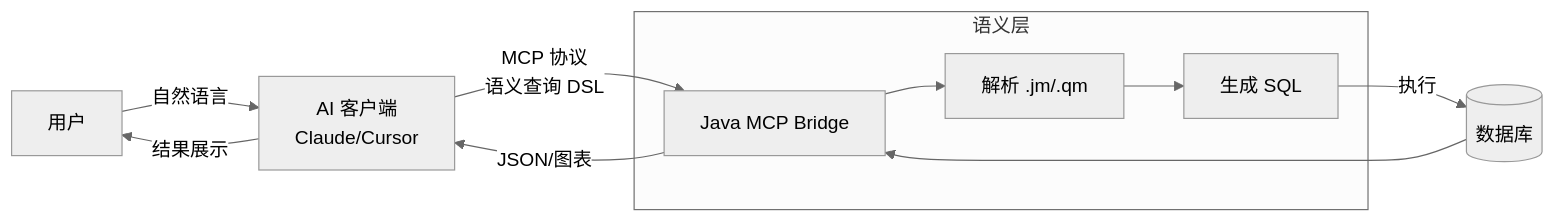
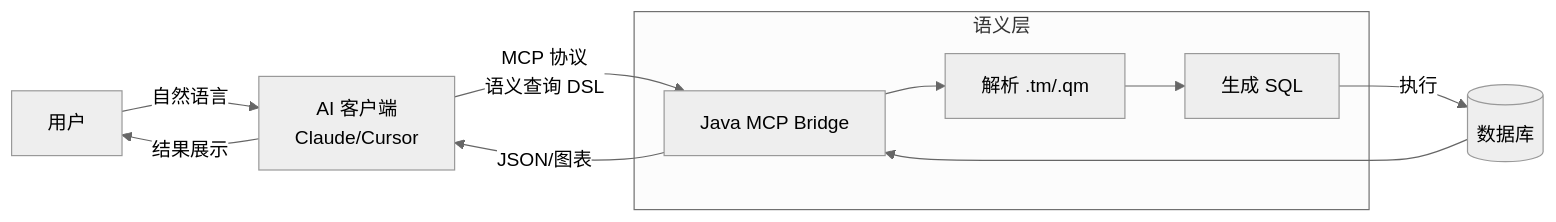
One commit to foggy-projects/foggy-data-mcp-bridge changed the diagram in README.zh-CN.md. Above: the diagram before and after it, drawn with Mermaid (neutral theme). The commit also changed other lines of this file and 62 other files, not shown here.

````diff
--- a/README.zh-CN.md
+++ b/README.zh-CN.md
@@ -25,13 +25,13 @@
 ```mermaid
 graph LR
     User[用户] -->|自然语言| AI[AI 客户端<br/>Claude/Cursor]
     AI -->|MCP 协议<br/>语义查询 DSL| Bridge[Java MCP Bridge]
     subgraph Semantic["语义层"]
-        Bridge --> Parse[解析 .jm/.qm]
+        Bridge --> Parse[解析 .tm/.qm]
         Parse --> SQL[生成 SQL]
     end
     SQL -->|执行| DB[(数据库)]
     DB --> Bridge
     Bridge -->|JSON/图表| AI
     AI -->|结果展示| User
 ```
````
